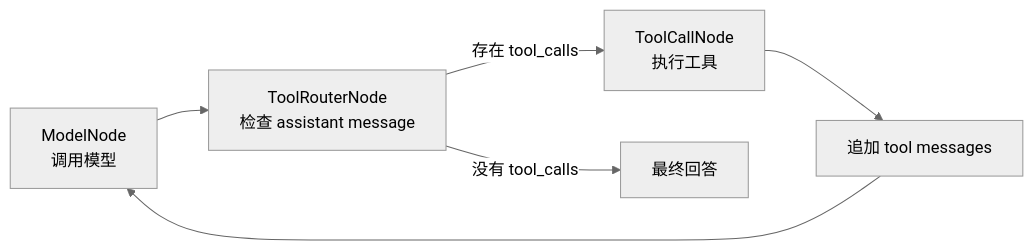
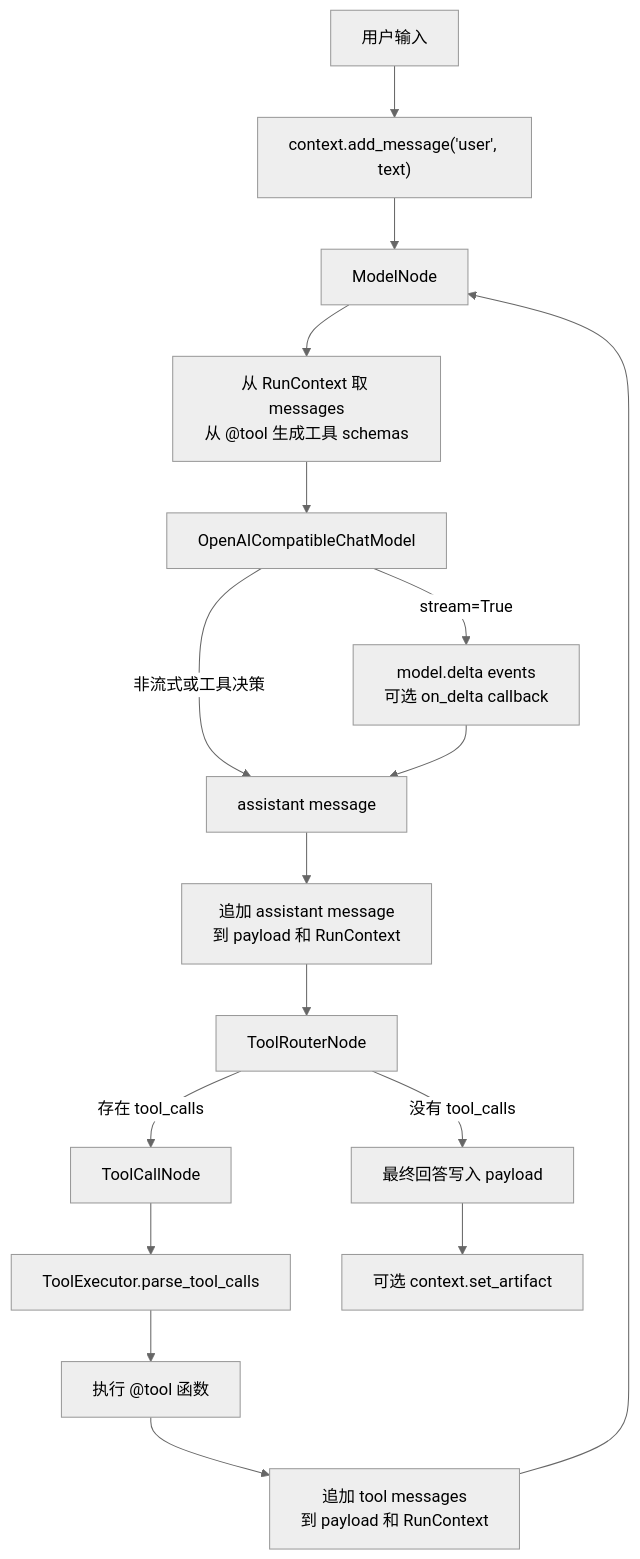
Before and after one commit to Lancetwang/agent-core-runtime: the second of 2 diagrams in README.zh-CN.md, drawn with Mermaid (neutral theme). The commit also changed other lines of this file and 7 other files, not shown here.

````diff
--- a/README.zh-CN.md
+++ b/README.zh-CN.md
@@ -67,8 +61,21 @@
 ```mermaid
-flowchart LR
-    A["ModelNode<br/>调用模型"] --> B["ToolRouterNode<br/>检查 assistant message"]
-    B -->|"存在 tool_calls"| C["ToolCallNode<br/>执行工具"]
-    C --> D["追加 tool messages"]
-    D --> A
-    B -->|"没有 tool_calls"| E["最终回答"]
+flowchart TD
+    User["用户输入"] --> AddUser["context.add_message('user', text)"]
+    AddUser --> ModelNode["ModelNode"]
+    ModelNode --> BuildRequest["从 RunContext 取 messages<br/>从 @tool 生成工具 schemas"]
+    BuildRequest --> Adapter["OpenAICompatibleChatModel"]
+    Adapter -->|"非流式或工具决策"| AssistantMessage["assistant message"]
+    Adapter -->|"stream=True"| Delta["model.delta events<br/>可选 on_delta callback"]
+    Delta --> AssistantMessage
+    AssistantMessage --> StoreAssistant["追加 assistant message<br/>到 payload 和 RunContext"]
+    StoreAssistant --> Router["ToolRouterNode"]
+
+    Router -->|"存在 tool_calls"| ToolNode["ToolCallNode"]
+    ToolNode --> ParseCalls["ToolExecutor.parse_tool_calls"]
+    ParseCalls --> ExecuteTools["执行 @tool 函数"]
+    ExecuteTools --> ToolMessages["追加 tool messages<br/>到 payload 和 RunContext"]
+    ToolMessages --> ModelNode
+
+    Router -->|"没有 tool_calls"| Final["最终回答写入 payload"]
+    Final --> Artifact["可选 context.set_artifact"]
 ```
````
